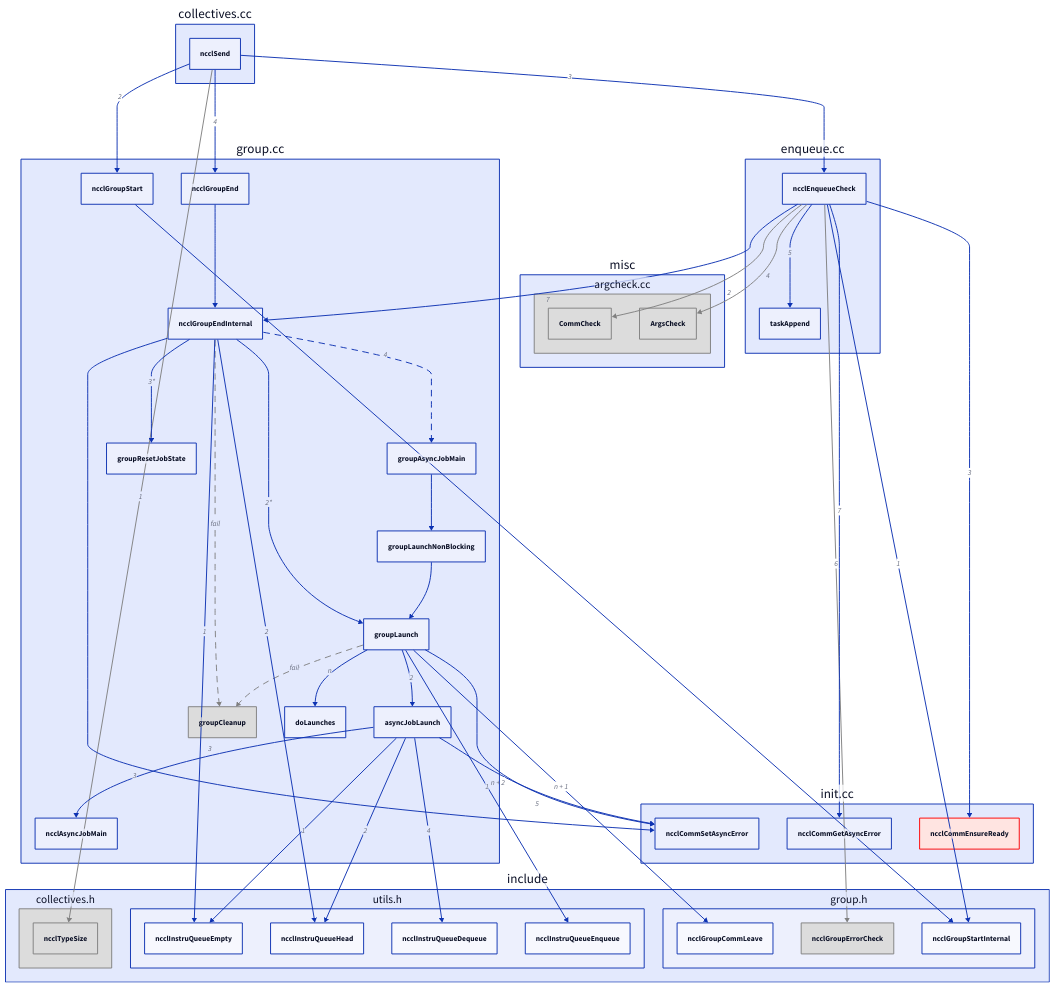
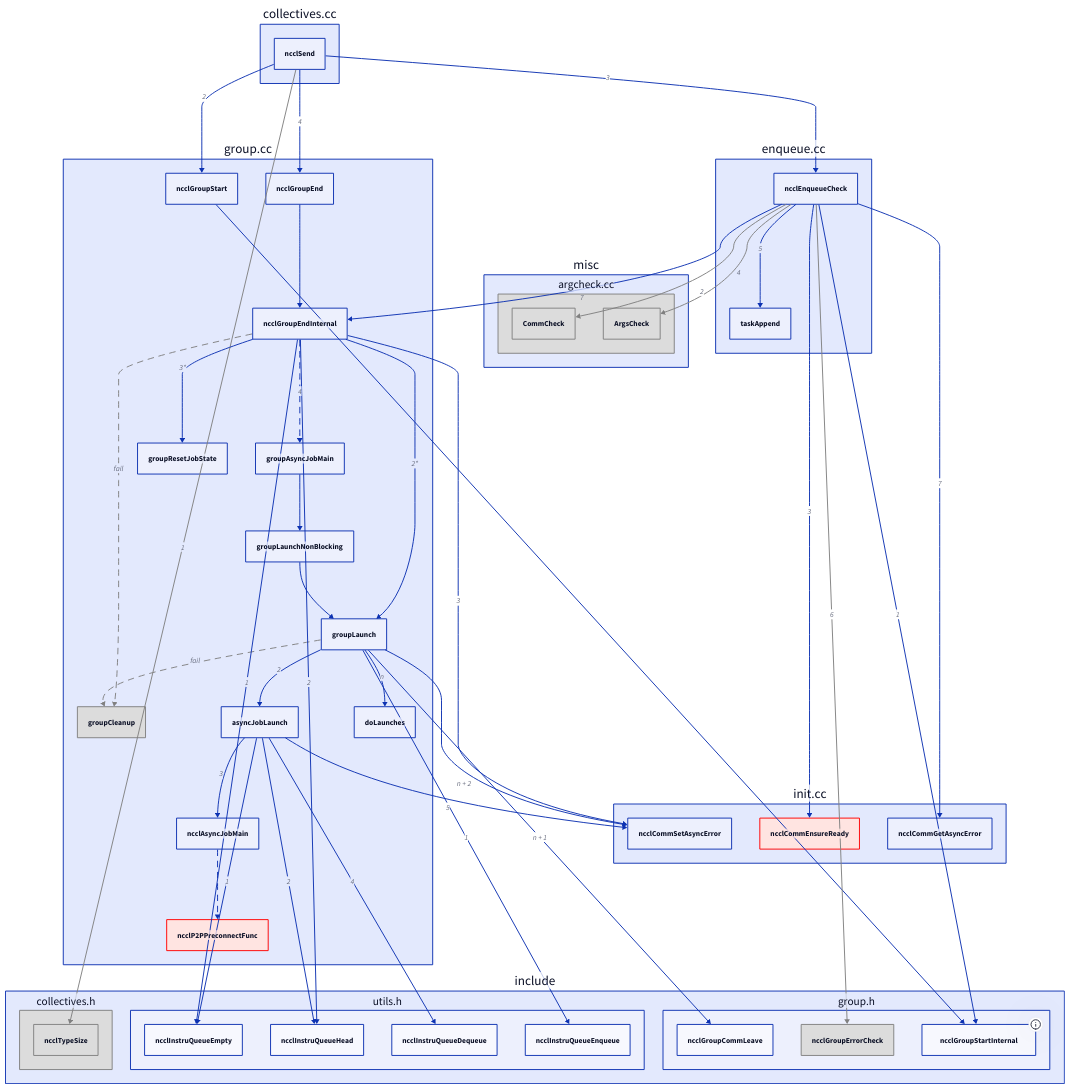
One commit to YconquestY/nccl changed the diagram in kernel.d2. Above: the diagram before and after it, drawn with D2.

Commit message:
format edges by source

```diff
--- a/kernel.d2
+++ b/kernel.d2
@@ -1,138 +1,138 @@
 
 collectives\.cc: {
     ncclSend
 }
+collectives\.cc.ncclSend -> include.collectives\.h.ncclTypeSize: 1 {
+    style: {
+        stroke: gray
+    }
+}
 collectives\.cc.ncclSend -> group\.cc.ncclGroupStart: 2
 collectives\.cc.ncclSend -> group\.cc.ncclGroupEnd: 4
+collectives\.cc.ncclSend -> enqueue\.cc.ncclEnqueueCheck: 3
 
 # include/
 include: {
     near: bottom-center
 
     collectives\.h: {
         ncclTypeSize.style.stroke: gray
         ncclTypeSize.style.fill: gainsboro
     }
     collectives\.h.style.stroke: gray
     collectives\.h.style.fill: gainsboro
 
     utils\.h: {
         ncclInstruQueueEmpty
         ncclInstruQueueHead
         ncclInstruQueueDequeue
         ncclInstruQueueEnqueue
     }
 
     group\.h: {
         ncclGroupCommLeave
 
         ncclGroupErrorCheck.style.stroke: gray
         ncclGroupErrorCheck.style.fill: gainsboro
 
-        ncclGroupStartInternal
+        ncclGroupStartInternal: {tooltip: Increment per-thread `ncclGroupMode`}
     }
 }
-collectives\.cc.ncclSend -> include.collectives\.h.ncclTypeSize: 1 {
-    style: {
-        stroke: gray
-    }
-}
-enqueue\.cc.ncclEnqueueCheck -> include.group\.h.ncclGroupErrorCheck: 6 {
-    style: {
-        stroke: gray
-    }
-}
-group\.cc.ncclGroupStart -> include.group\.h.ncclGroupStartInternal
-
-group\.cc.groupLaunch -> include.utils\.h.ncclInstruQueueEnqueue: 1
-group\.cc.groupLaunch -> include.group\.h.ncclGroupCommLeave: n + 1
-
-group\.cc.asyncJobLaunch -> include.utils\.h.ncclInstruQueueEmpty: 1
-group\.cc.asyncJobLaunch -> include.utils\.h.ncclInstruQueueHead: 2
-group\.cc.asyncJobLaunch -> include.utils\.h.ncclInstruQueueDequeue: 4
-
 group\.cc: {
     ncclGroupStart
 
     groupCleanup.style.stroke: gray
     groupCleanup.style.fill: gainsboro
     ncclGroupEndInternal -> groupCleanup: fail {
         style: {
             stroke: gray
             stroke-dash: 6
         }
     }
     ncclGroupEnd -> ncclGroupEndInternal
     ncclGroupEndInternal -> groupAsyncJobMain: 4 {
         style: {
             stroke-dash: 6
         }
     }
     ncclGroupEndInternal -> groupLaunch: 2*
     ncclGroupEndInternal -> groupResetJobState: 3*
 
     groupAsyncJobMain -> groupLaunchNonBlocking
     groupLaunchNonBlocking -> groupLaunch
     groupLaunch -> groupCleanup: fail {
         style: {
             stroke: gray
             stroke-dash: 6
         }
     }
     groupLaunch -> asyncJobLaunch: 2
     groupLaunch -> doLaunches: n
     
     asyncJobLaunch -> ncclAsyncJobMain: 3
+    ncclAsyncJobMain -> ncclP2PPreconnectFunc: {
+        style: {
+            stroke-dash: 6
+        }
+    }
+    ncclP2PPreconnectFunc.style.stroke: red
+    ncclP2PPreconnectFunc.style.fill: mistyrose
 }
 group\.cc.ncclGroupEndInternal -> include.utils\.h.ncclInstruQueueEmpty: 1
 group\.cc.ncclGroupEndInternal -> include.utils\.h.ncclInstruQueueHead: 2
+group\.cc.ncclGroupEndInternal -> init\.cc.ncclCommSetAsyncError: 3
+group\.cc.groupLaunch -> init\.cc.ncclCommSetAsyncError: n + 2
+group\.cc.asyncJobLaunch -> init\.cc.ncclCommSetAsyncError: 5
+group\.cc.ncclGroupStart -> include.group\.h.ncclGroupStartInternal
+
+group\.cc.groupLaunch -> include.utils\.h.ncclInstruQueueEnqueue: 1
+group\.cc.groupLaunch -> include.group\.h.ncclGroupCommLeave: n + 1
+
+group\.cc.asyncJobLaunch -> include.utils\.h.ncclInstruQueueEmpty: 1
+group\.cc.asyncJobLaunch -> include.utils\.h.ncclInstruQueueHead: 2
+group\.cc.asyncJobLaunch -> include.utils\.h.ncclInstruQueueDequeue: 4
 
 enqueue\.cc: {
     ncclEnqueueCheck -> taskAppend: 5
 }
-collectives\.cc.ncclSend -> enqueue\.cc.ncclEnqueueCheck: 3
-
+enqueue\.cc.ncclEnqueueCheck -> include.group\.h.ncclGroupErrorCheck: 6 {
+    style: {
+        stroke: gray
+    }
+}
+enqueue\.cc.ncclEnqueueCheck -> misc.argcheck\.cc.CommCheck: 2 {
+    style: {
+        stroke: gray
+    }
+}
+enqueue\.cc.ncclEnqueueCheck -> misc.argcheck\.cc.ArgsCheck: 4 {
+    style: {
+        stroke: gray
+    }
+}
 enqueue\.cc.ncclEnqueueCheck -> include.group\.h.ncclGroupStartInternal: 1
 enqueue\.cc.ncclEnqueueCheck -> group\.cc.ncclGroupEndInternal: 7
+enqueue\.cc.ncclEnqueueCheck -> init\.cc.ncclCommEnsureReady: 3
+enqueue\.cc.ncclEnqueueCheck -> init\.cc.ncclCommGetAsyncError: 7
 
 init\.cc: {
     ncclCommSetAsyncError
     ncclCommGetAsyncError
     
     ncclCommEnsureReady.style.stroke: red
     ncclCommEnsureReady.style.fill: mistyrose
 }
-
-enqueue\.cc.ncclEnqueueCheck -> init\.cc.ncclCommEnsureReady: 3
-enqueue\.cc.ncclEnqueueCheck -> init\.cc.ncclCommGetAsyncError: 7
-
-group\.cc.ncclGroupEndInternal -> init\.cc.ncclCommSetAsyncError: 3
-
-group\.cc.groupLaunch -> init\.cc.ncclCommSetAsyncError: n + 2
-
-group\.cc.asyncJobLaunch -> init\.cc.ncclCommSetAsyncError: 5
 
 # misc/
 misc: {
     #near: center-right
     argcheck\.cc: {
         CommCheck.style.stroke: gray
         CommCheck.style.fill: gainsboro
 
         ArgsCheck.style.stroke: gray
         ArgsCheck.style.fill: gainsboro
     }
     argcheck\.cc.style.stroke: gray
     argcheck\.cc.style.fill: gainsboro
 }
-
-enqueue\.cc.ncclEnqueueCheck -> misc.argcheck\.cc.CommCheck: 2 {
-    style: {
-        stroke: gray
-    }
-}
-enqueue\.cc.ncclEnqueueCheck -> misc.argcheck\.cc.ArgsCheck: 4 {
-    style: {
-        stroke: gray
-    }
-}
```
